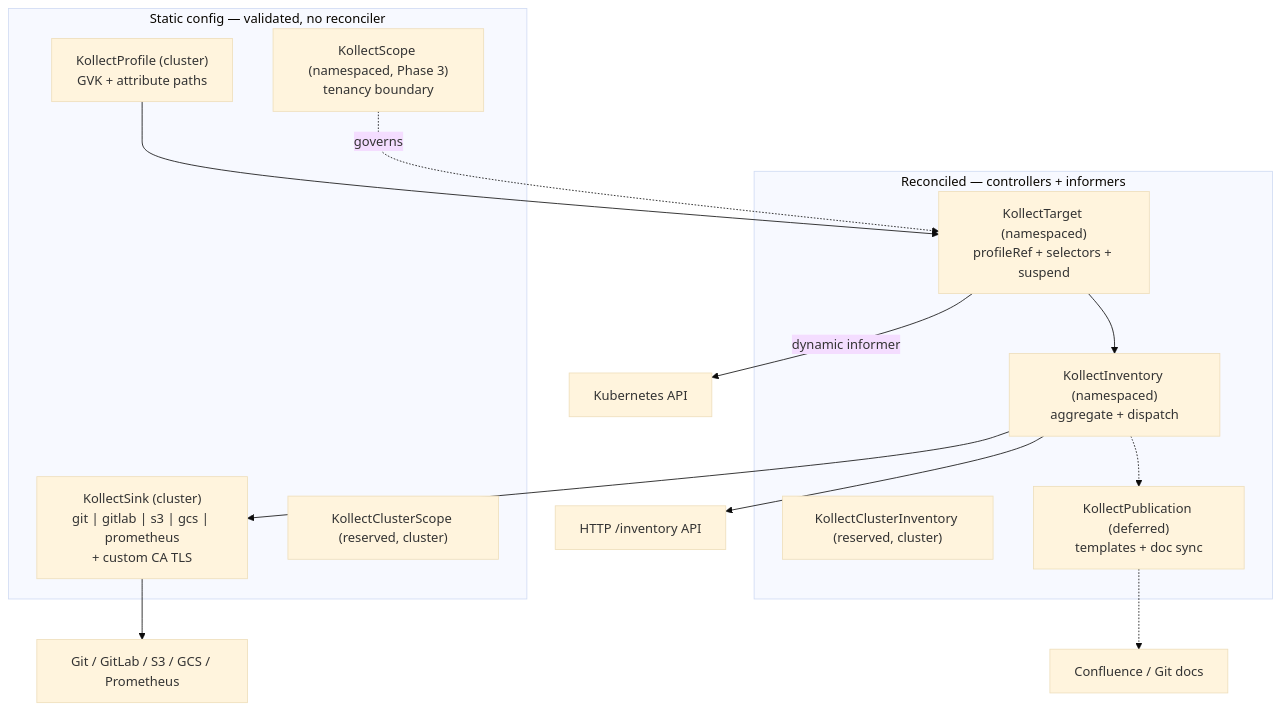
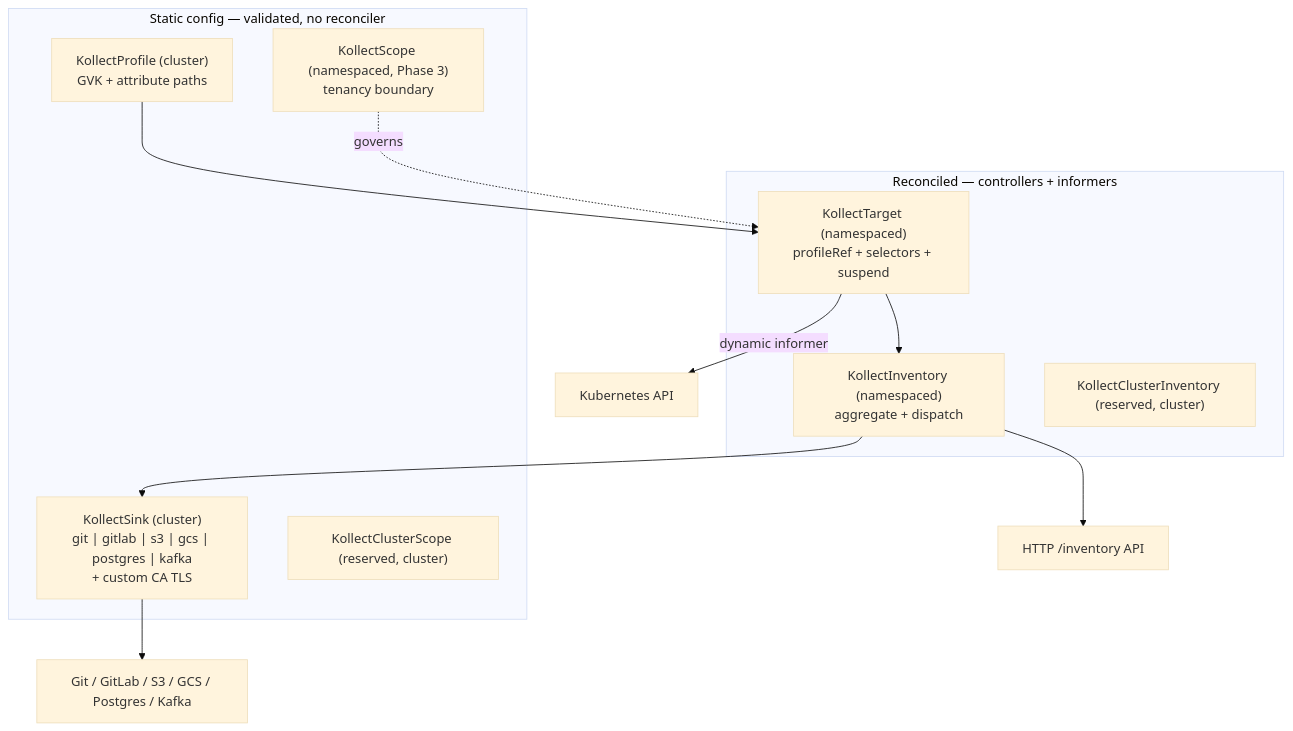
The first of 5 diagrams in docs/ARCHITECTURE.md (konih/kollect), drawn with Mermaid (base theme) before and after one commit. The commit also changed other lines of this file and 17 other files, not shown here.

First line of the commit message:
:page_facing_up: docs: drop Publication scope, add database and Kafka sinks

````diff
--- a/docs/ARCHITECTURE.md
+++ b/docs/ARCHITECTURE.md
@@ -24,26 +25,23 @@
 ```mermaid
 flowchart TD
   subgraph staticCfg [Static config — validated, no reconciler]
     Profile["KollectProfile (cluster)\nGVK + attribute paths"]
-    Sink["KollectSink (cluster)\ngit | gitlab | s3 | gcs | prometheus\n+ custom CA TLS"]
+    Sink["KollectSink (cluster)\ngit | gitlab | s3 | gcs | postgres | kafka\n+ custom CA TLS"]
     Scope["KollectScope (namespaced, Phase 3)\ntenancy boundary"]
     CScope["KollectClusterScope (reserved, cluster)"]
   end
 
   subgraph reconciled [Reconciled — controllers + informers]
     Target["KollectTarget (namespaced)\nprofileRef + selectors + suspend"]
     Inv["KollectInventory (namespaced)\naggregate + dispatch"]
     CInv["KollectClusterInventory (reserved, cluster)"]
-    Pub["KollectPublication (deferred)\ntemplates + doc sync"]
   end
 
   Profile --> Target
   Scope -.governs.-> Target
   Target -->|"dynamic informer"| K8s["Kubernetes API"]
   Target --> Inv
   Inv --> Sink
   Inv --> HTTP["HTTP /inventory API"]
-  Inv -.-> Pub
-  Sink --> Backends["Git / GitLab / S3 / GCS / Prometheus"]
-  Pub -.-> Docs["Confluence / Git docs"]
+  Sink --> Backends["Git / GitLab / S3 / GCS / Postgres / Kafka"]
 ```
````
